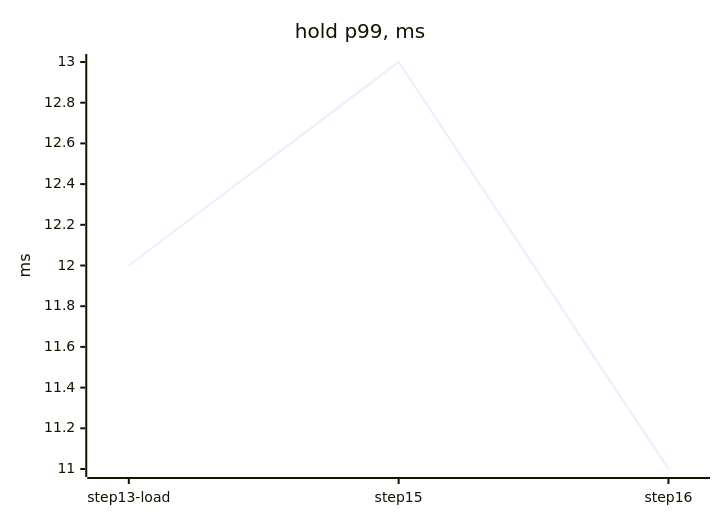
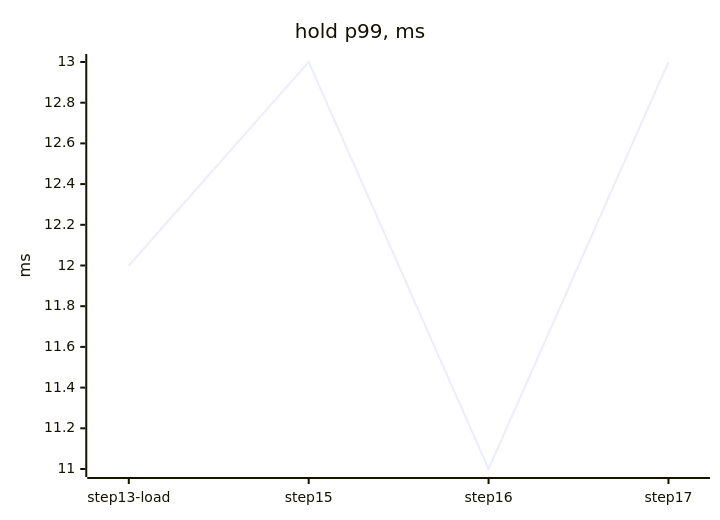
The second of 4 diagrams in docs/perf/README.md (tanvoid0/ledgerflow), drawn with Mermaid before and after one commit. The commit also changed other lines of this file and 7 other files, not shown here.

````diff
--- a/docs/perf/README.md
+++ b/docs/perf/README.md
@@ -39,7 +41,7 @@
 ```mermaid
 xychart-beta
     title "hold p99, ms"
-    x-axis ["step13-load", "step15", "step16"]
+    x-axis ["step13-load", "step15", "step16", "step17"]
     y-axis "ms"
-    line [12, 13, 11]
+    line [12, 13, 11, 13]
 ```
````
